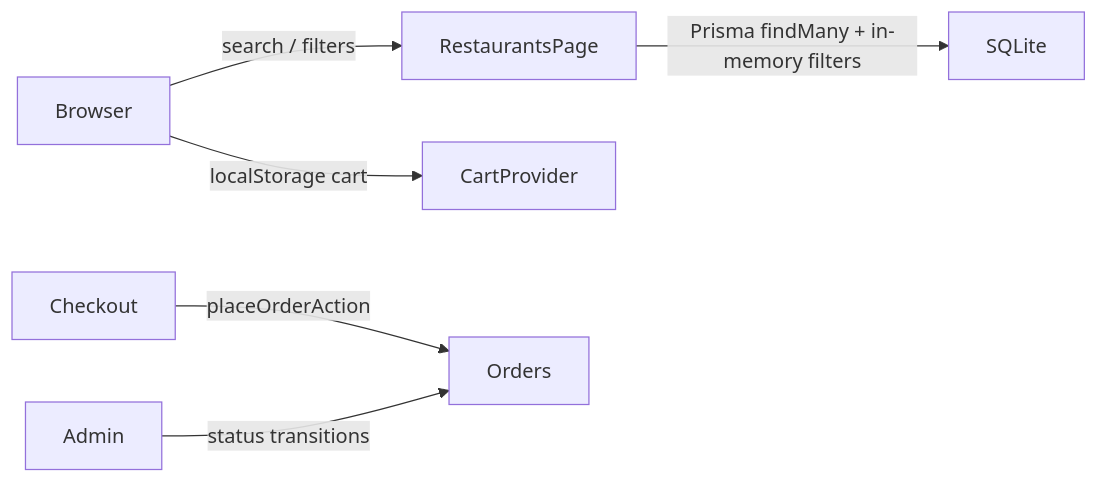
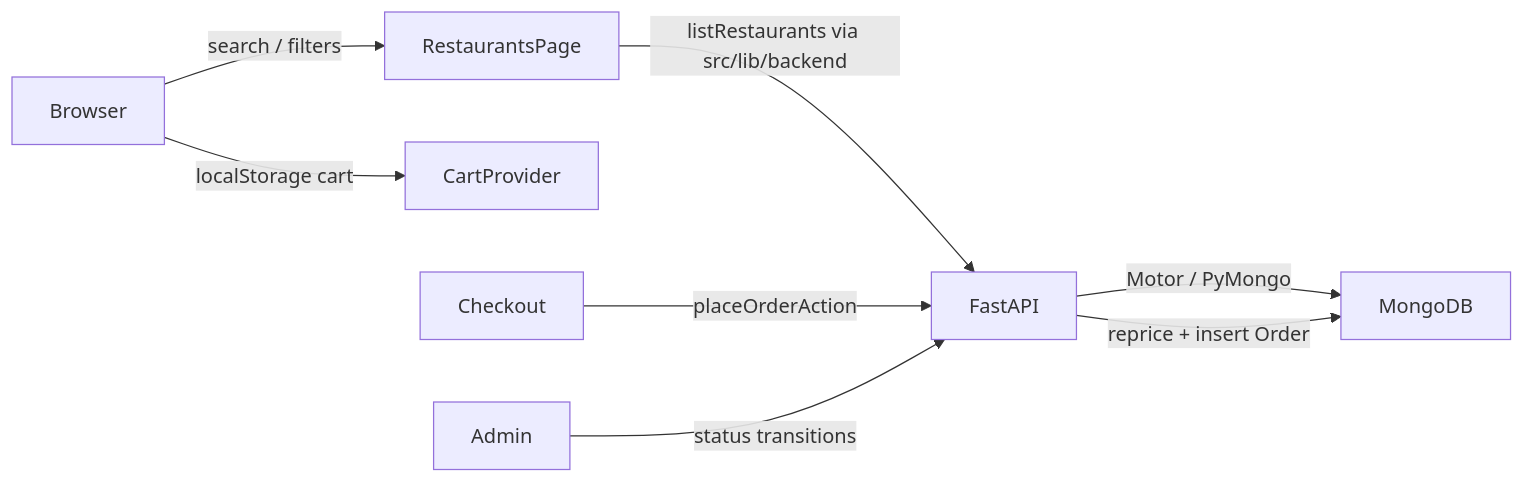
Before and after one commit to bkarciauskas/aussie-eats: the diagram in docs/architecture.md, drawn with Mermaid. The commit also changed other lines of this file and 7 other files, not shown here.

First line of the commit message:
docs(APJ-19): align README, architecture, and skills with FastAPI + Mongo

````diff
--- a/docs/architecture.md
+++ b/docs/architecture.md
@@ -7,8 +17,10 @@
 ```mermaid
 flowchart LR
   Browser -->|search / filters| RestaurantsPage
-  RestaurantsPage -->|Prisma findMany + in-memory filters| SQLite
+  RestaurantsPage -->|listRestaurants via src/lib/backend| FastAPI
+  FastAPI -->|Motor / PyMongo| MongoDB
   Browser -->|localStorage cart| CartProvider
-  Checkout -->|placeOrderAction| Orders
-  Admin -->|status transitions| Orders
+  Checkout -->|placeOrderAction| FastAPI
+  FastAPI -->|reprice + insert Order| MongoDB
+  Admin -->|status transitions| FastAPI
 ```
````
